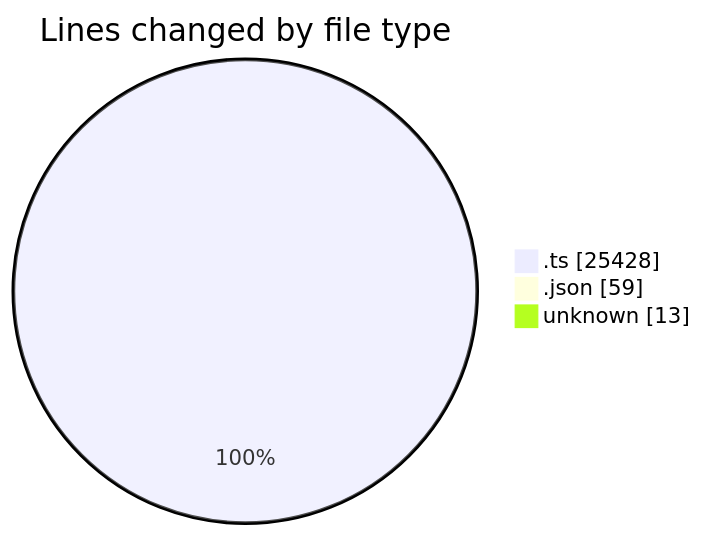
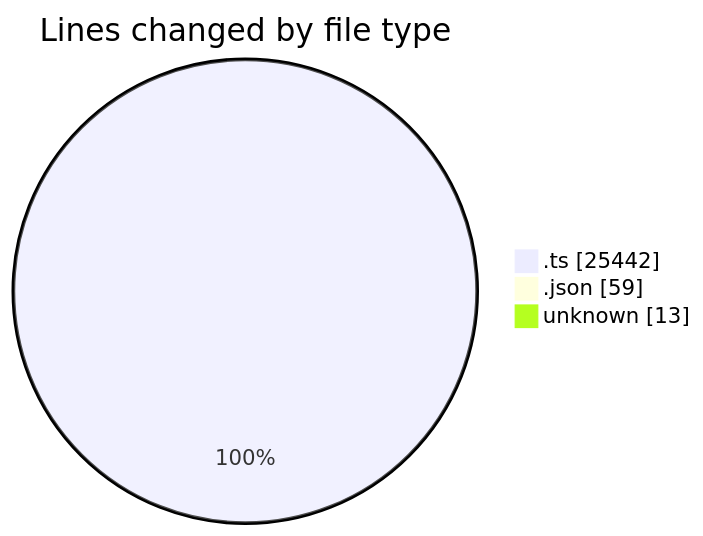
The first of 2 diagrams in 2025-09-09/cda/README.md (momahboobian/code-tracking), drawn with Mermaid before and after one commit. The commit also changed other lines of this file and 1 other file, not shown here.

````diff
--- a/2025-09-09/cda/README.md
+++ b/2025-09-09/cda/README.md
@@ -94,7 +94,7 @@
 ```mermaid
 pie showData
 title Lines changed by file type
-".ts" : 25428
+".ts" : 25442
 ".json" : 59
 "unknown" : 13
 ```
````
